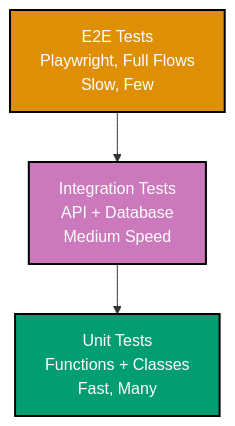
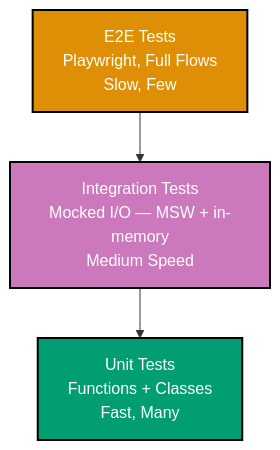
The second of 4 diagrams in docs/explanation/software-engineering/programming-languages/typescript/ex-soen-prla-ty__test-driven-development.md (wahidyankf/open-sharia-enterprise), drawn with Mermaid before and after one commit. The commit also changed other lines of this file and 7 other files, not shown here.

````diff
--- a/docs/explanation/software-engineering/programming-languages/typescript/ex-soen-prla-ty__test-driven-development.md
+++ b/docs/explanation/software-engineering/programming-languages/typescript/ex-soen-prla-ty__test-driven-development.md
@@ -72,14 +72,14 @@
 ```mermaid
 %% Color Palette: Blue #0173B2, Orange #DE8F05, Teal #029E73, Purple #CC78BC, Gray #808080
 graph TB
     A["E2E Tests<br/>Playwright, Full Flows<br/>Slow, Few"]:::orange
-    B["Integration Tests<br/>API + Database<br/>Medium Speed"]:::purple
+    B["Integration Tests<br/>Mocked I/O — MSW + in-memory<br/>Medium Speed"]:::purple
     C["Unit Tests<br/>Functions + Classes<br/>Fast, Many"]:::teal
 
     A --> B
     B --> C
 
     classDef orange fill:#DE8F05,stroke:#000000,color:#FFFFFF,stroke-width:2px
     classDef purple fill:#CC78BC,stroke:#000000,color:#FFFFFF,stroke-width:2px
     classDef teal fill:#029E73,stroke:#000000,color:#FFFFFF,stroke-width:2px
 ```
````
